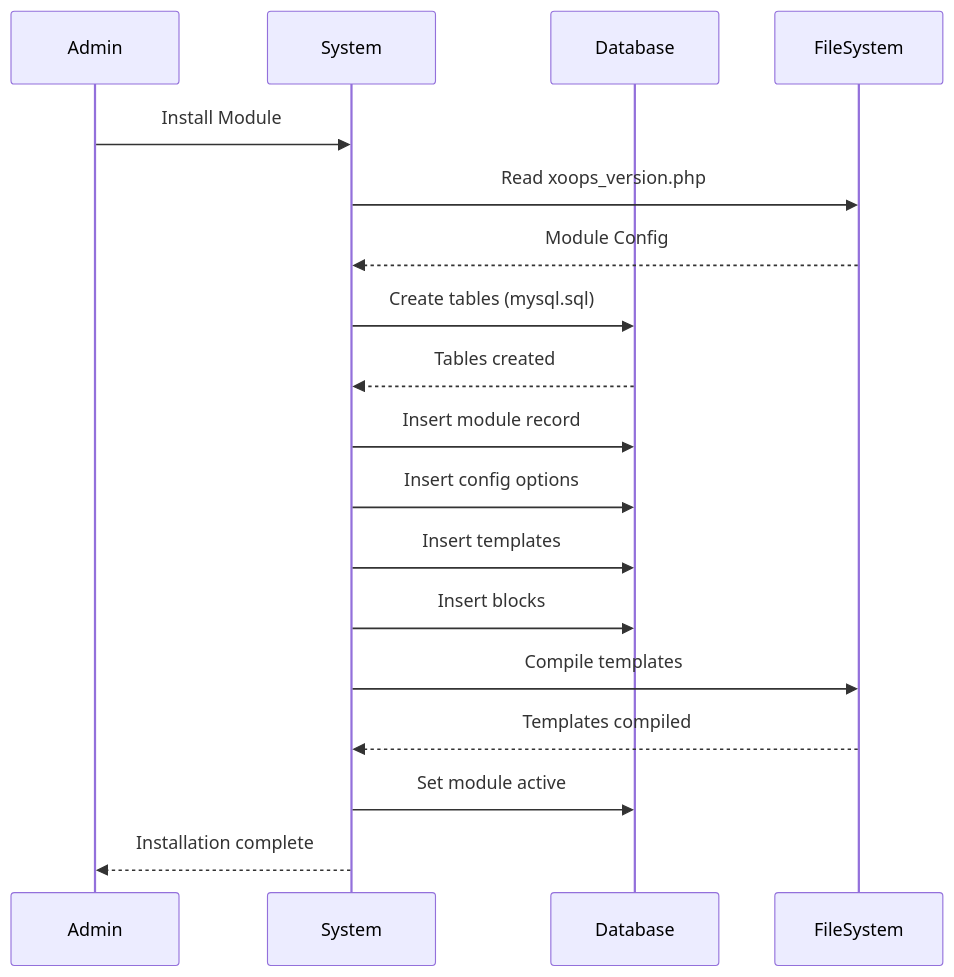
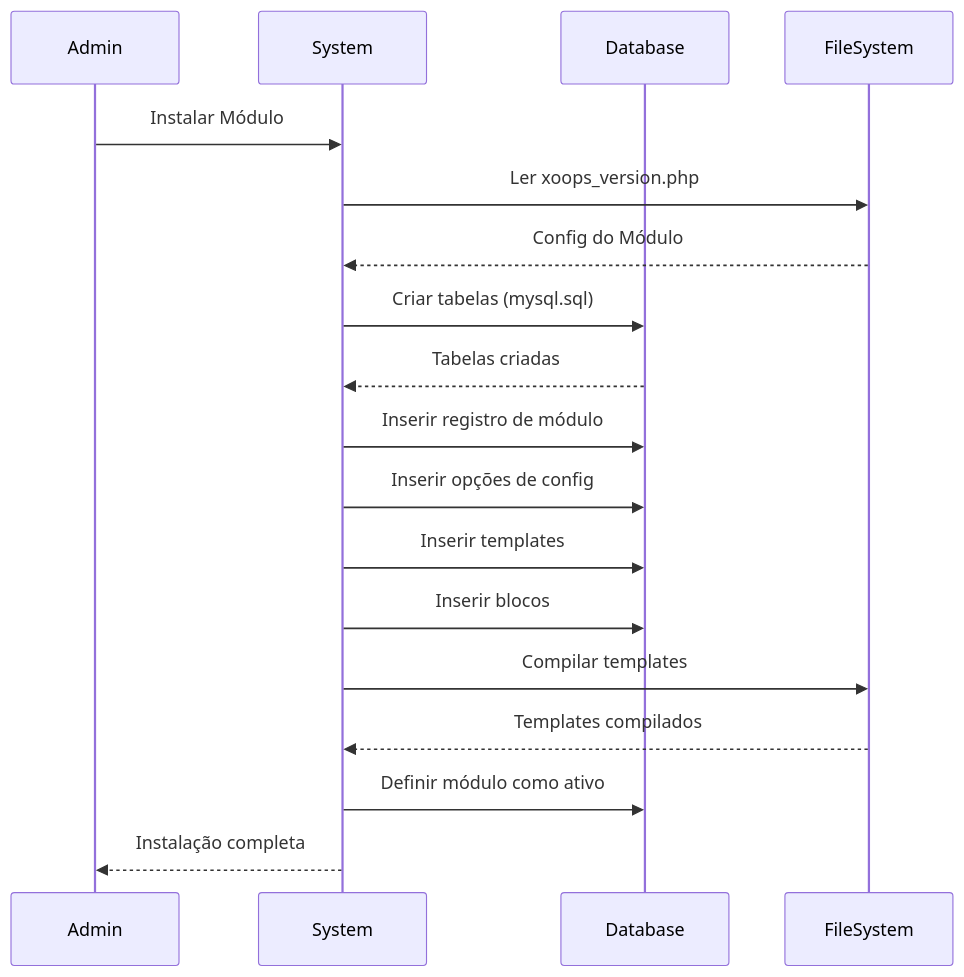
One commit to mambax7/xoops-docs changed the third of 3 diagrams in apps/docs-27/src/content/docs/pt/api-reference/module/xoops-module.md. Above: the diagram before and after it, drawn with Mermaid. The commit also changed other lines of this file and 162 other files, not shown here.

````diff
--- a/apps/docs-27/src/content/docs/pt/api-reference/module/xoops-module.md
+++ b/apps/docs-27/src/content/docs/pt/api-reference/module/xoops-module.md
@@ -345,25 +345,25 @@
 ```mermaid
 sequenceDiagram
     participant Admin
     participant System
     participant Database
     participant FileSystem
 
-    Admin->>System: Install Module
-    System->>FileSystem: Read xoops_version.php
-    FileSystem-->>System: Module Config
+    Admin->>System: Instalar Módulo
+    System->>FileSystem: Ler xoops_version.php
+    FileSystem-->>System: Config do Módulo
 
-    System->>Database: Create tables (mysql.sql)
-    Database-->>System: Tables created
+    System->>Database: Criar tabelas (mysql.sql)
+    Database-->>System: Tabelas criadas
 
-    System->>Database: Insert module record
-    System->>Database: Insert config options
-    System->>Database: Insert templates
-    System->>Database: Insert blocks
+    System->>Database: Inserir registro de módulo
+    System->>Database: Inserir opções de config
+    System->>Database: Inserir templates
+    System->>Database: Inserir blocos
 
-    System->>FileSystem: Compile templates
-    FileSystem-->>System: Templates compiled
+    System->>FileSystem: Compilar templates
+    FileSystem-->>System: Templates compilados
 
-    System->>Database: Set module active
-    System-->>Admin: Installation complete
+    System->>Database: Definir módulo como ativo
+    System-->>Admin: Instalação completa
 ```
````
